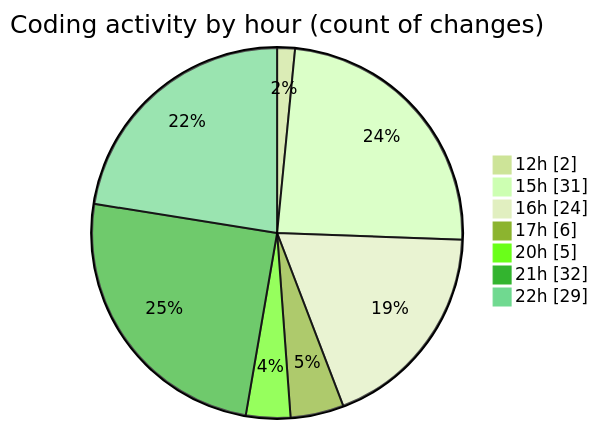
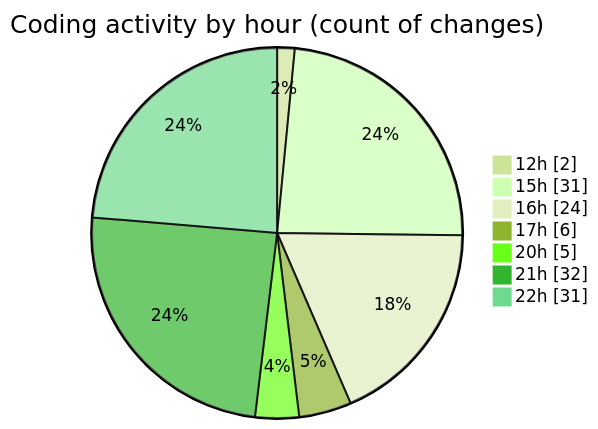
Before and after one commit to momahboobian/code-tracking: the second of 2 diagrams in 2025-02-26/cda/README.md, drawn with Mermaid (forest theme). The commit also changed other lines of this file and 1 other file, not shown here.

````diff
--- a/2025-02-26/cda/README.md
+++ b/2025-02-26/cda/README.md
@@ -48,11 +48,11 @@
 ```mermaid
 pie showData
 title Coding activity by hour (count of changes)
 "12h" : 2
 "15h" : 31
 "16h" : 24
 "17h" : 6
 "20h" : 5
 "21h" : 32
-"22h" : 29
+"22h" : 31
 ```
````
